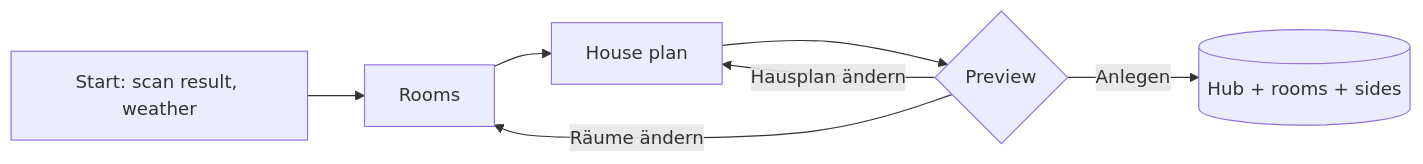
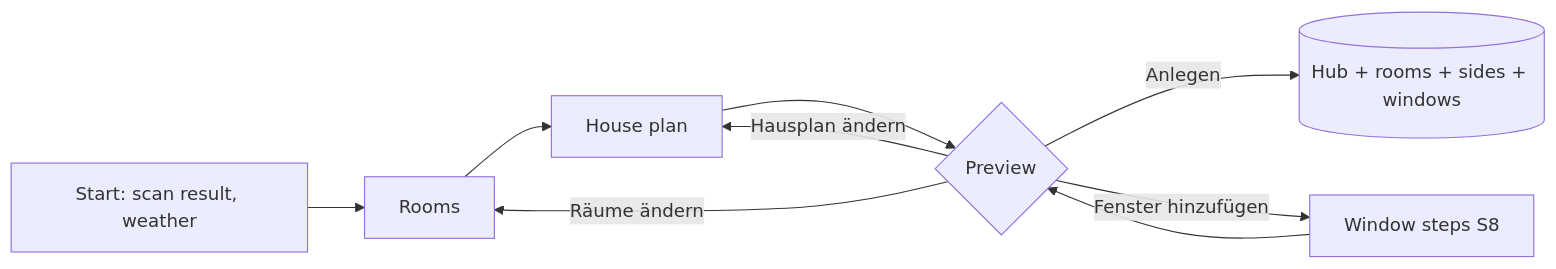
The first of 3 diagrams in docs/ui_mockups.md (patchingfailed/home_assistant_climate_hub), drawn with Mermaid before and after one commit. The commit also changed other lines of this file and 1 other file, not shown here.

First line of the commit message:
docs: first prototype review (sources, climate devices, windows, repairs)

````diff
--- a/docs/ui_mockups.md
+++ b/docs/ui_mockups.md
@@ -26,9 +26,10 @@
 ```mermaid
 flowchart LR
   S1[Start: scan result, weather] --> S2[Rooms]
   S2 --> S3[House plan]
   S3 --> S4{Preview}
-  S4 -- Anlegen --> E[(Hub + rooms + sides)]
+  S4 -- Anlegen --> E[(Hub + rooms + sides + windows)]
+  S4 -- Fenster hinzufügen --> W[Window steps S8] --> S4
   S4 -- Räume ändern --> S2
   S4 -- Hausplan ändern --> S3
 ```
````
